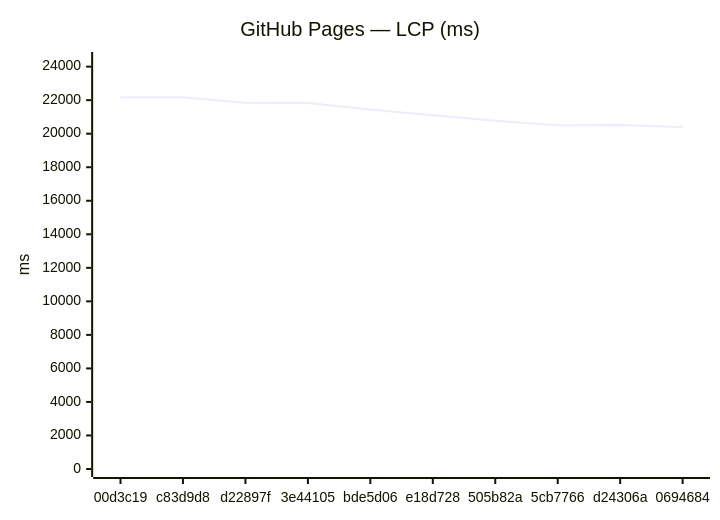
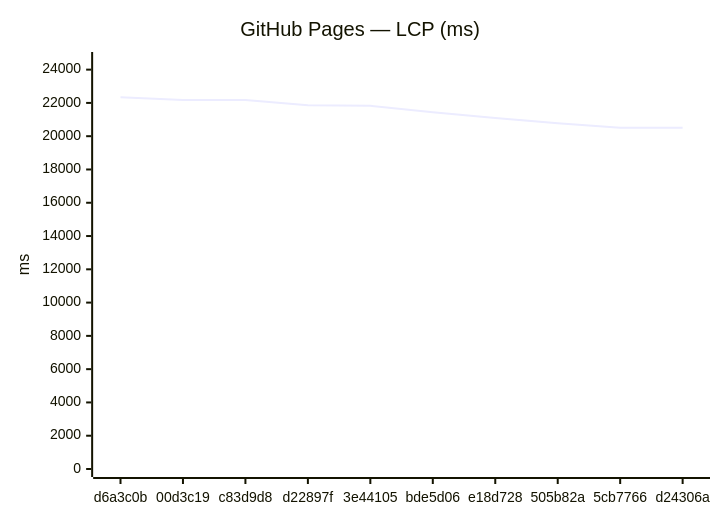
The third of 18 diagrams in benchmarks/compare.md (Metaheurist/Rianell), drawn with Mermaid before and after one commit. The commit also changed other lines of this file and 11 other files, not shown here.

````diff
--- a/benchmarks/compare.md
+++ b/benchmarks/compare.md
@@ -54,7 +54,7 @@
 ```mermaid
 xychart-beta
     title "GitHub Pages — LCP (ms)"
-    x-axis ["00d3c19", "c83d9d8", "d22897f", "3e44105", "bde5d06", "e18d728", "505b82a", "5cb7766", "d24306a", "0694684"]
-    y-axis "ms" 0 --> 24396
-    line [22178, 22170, 21853, 21828, 21442, 21100, 20773, 20501, 20513, 20406]
+    x-axis ["d6a3c0b", "00d3c19", "c83d9d8", "d22897f", "3e44105", "bde5d06", "e18d728", "505b82a", "5cb7766", "d24306a"]
+    y-axis "ms" 0 --> 24579
+    line [22344, 22178, 22170, 21853, 21828, 21442, 21100, 20773, 20501, 20513]
 ```
````
